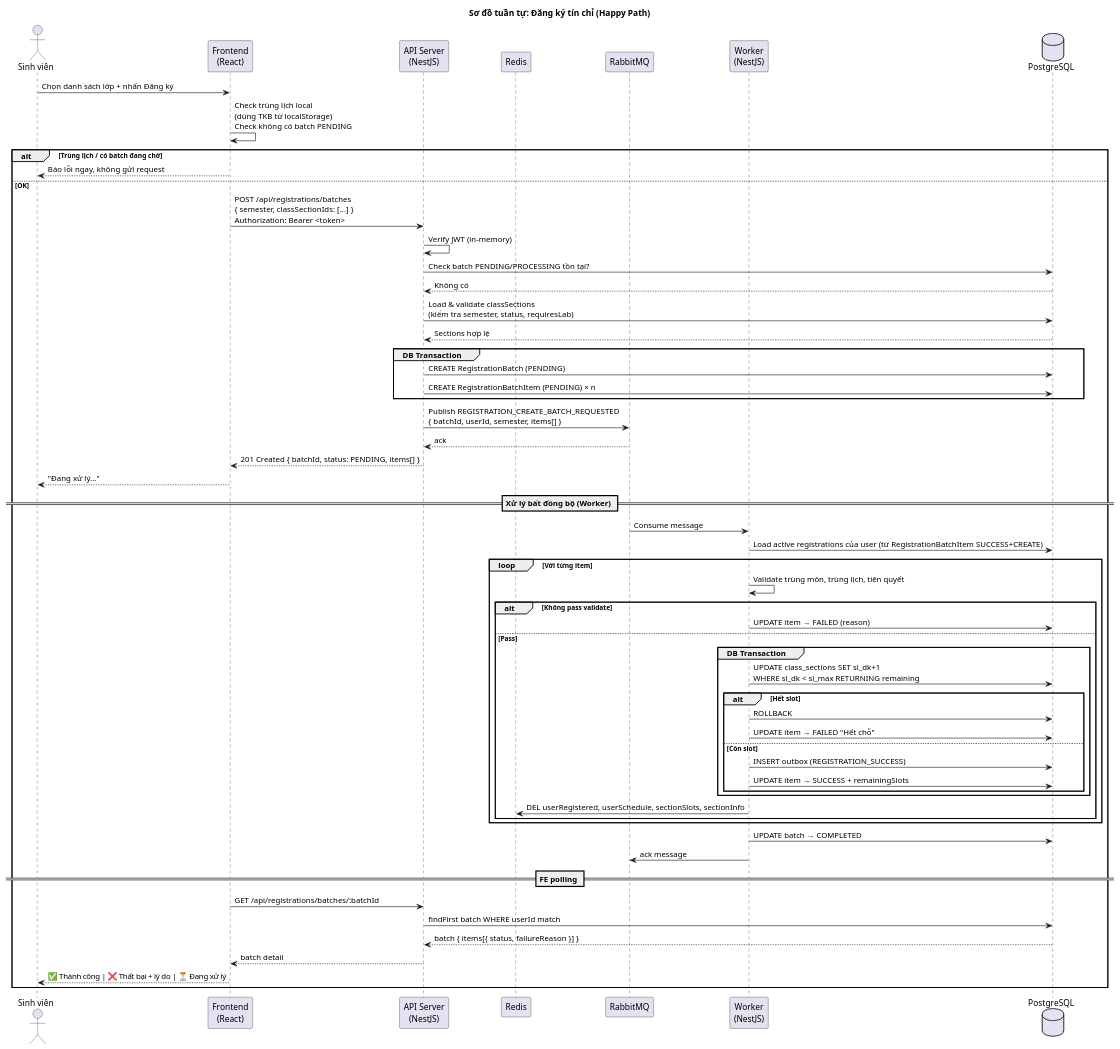
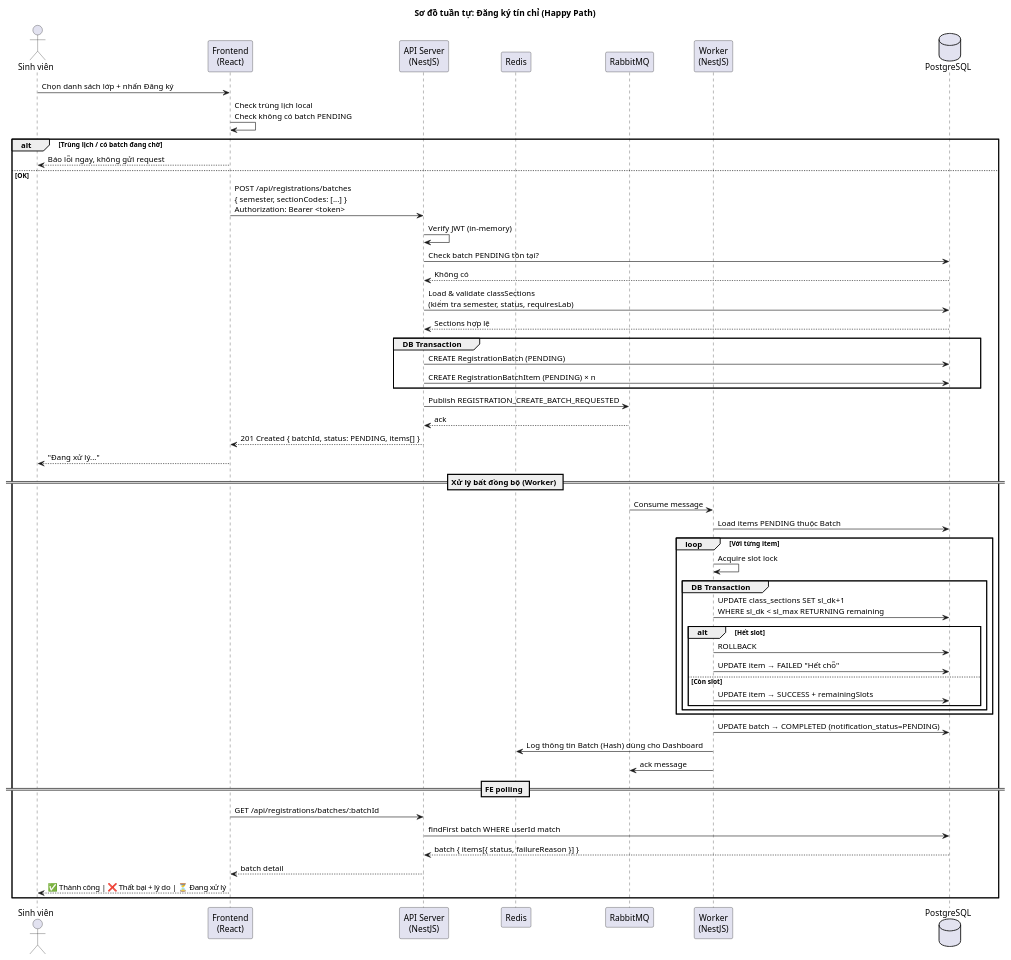
Before and after one commit to huyhuyqazwsx/do_an_tot_nghiep: the second of 5 diagrams in docs/doc/sequence-diagrams.md, drawn with PlantUML. The commit also changed other lines of this file and 5 other files, not shown here.

````diff
--- a/docs/doc/sequence-diagrams.md
+++ b/docs/doc/sequence-diagrams.md
@@ -84,78 +47,73 @@
 ```plantuml
 @startuml SD_DangKy
 title Sơ đồ tuần tự: Đăng ký tín chỉ (Happy Path)
 
 actor "Sinh viên" as SV
 participant "Frontend\n(React)" as FE
 participant "API Server\n(NestJS)" as API
 participant "Redis" as Redis
 participant "RabbitMQ" as MQ
 participant "Worker\n(NestJS)" as Worker
 database "PostgreSQL" as DB
 
 SV -> FE : Chọn danh sách lớp + nhấn Đăng ký
 
-FE -> FE : Check trùng lịch local\n(dùng TKB từ localStorage)\nCheck không có batch PENDING
+FE -> FE : Check trùng lịch local\nCheck không có batch PENDING
 
 alt Trùng lịch / có batch đang chờ
     FE --> SV : Báo lỗi ngay, không gửi request
 else OK
-    FE -> API : POST /api/registrations/batches\n{ semester, classSectionIds: [...] }\nAuthorization: Bearer <token>
+    FE -> API : POST /api/registrations/batches\n{ semester, sectionCodes: [...] }\nAuthorization: Bearer <token>
 
     API -> API : Verify JWT (in-memory)
-    API -> DB : Check batch PENDING/PROCESSING tồn tại?
+    API -> DB : Check batch PENDING tồn tại?
     DB --> API : Không có
 
     API -> DB : Load & validate classSections\n(kiểm tra semester, status, requiresLab)
     DB --> API : Sections hợp lệ
 
     group DB Transaction
         API -> DB : CREATE RegistrationBatch (PENDING)
         API -> DB : CREATE RegistrationBatchItem (PENDING) × n
     end
 
-    API -> MQ : Publish REGISTRATION_CREATE_BATCH_REQUESTED\n{ batchId, userId, semester, items[] }
+    API -> MQ : Publish REGISTRATION_CREATE_BATCH_REQUESTED
     MQ --> API : ack
 
     API --> FE : 201 Created { batchId, status: PENDING, items[] }
     FE --> SV : "Đang xử lý..."
 
     == Xử lý bất đồng bộ (Worker) ==
 
     MQ -> Worker : Consume message
-    Worker -> DB : Load active registrations của user (từ RegistrationBatchItem SUCCESS+CREATE)
+    Worker -> DB : Load items PENDING thuộc Batch
 
     loop Với từng item
-        Worker -> Worker : Validate trùng môn, trùng lịch, tiên quyết
+        Worker -> Worker : Acquire slot lock
 
-        alt Không pass validate
-            Worker -> DB : UPDATE item → FAILED (reason)
-        else Pass
-            group DB Transaction
-                Worker -> DB : UPDATE class_sections SET sl_dk+1\nWHERE sl_dk < sl_max RETURNING remaining
-                alt Hết slot
-                    Worker -> DB : ROLLBACK
-                    Worker -> DB : UPDATE item → FAILED "Hết chỗ"
-                else Còn slot
-                    Worker -> DB : INSERT outbox (REGISTRATION_SUCCESS)
-                    Worker -> DB : UPDATE item → SUCCESS + remainingSlots
-                end
+        group DB Transaction
+            Worker -> DB : UPDATE class_sections SET sl_dk+1\nWHERE sl_dk < sl_max RETURNING remaining
+            alt Hết slot
+                Worker -> DB : ROLLBACK
+                Worker -> DB : UPDATE item → FAILED "Hết chỗ"
+            else Còn slot
+                Worker -> DB : UPDATE item → SUCCESS + remainingSlots
             end
-            Worker -> Redis : DEL userRegistered, userSchedule, sectionSlots, sectionInfo
         end
     end
 
-    Worker -> DB : UPDATE batch → COMPLETED
+    Worker -> DB : UPDATE batch → COMPLETED (notification_status=PENDING)
+    Worker -> Redis : Log thông tin Batch (Hash) dùng cho Dashboard
     Worker -> MQ : ack message
 
     == FE polling ==
 
     FE -> API : GET /api/registrations/batches/:batchId
     API -> DB : findFirst batch WHERE userId match
     DB --> API : batch { items[{ status, failureReason }] }
     API --> FE : batch detail
     FE --> SV : ✅ Thành công | ❌ Thất bại + lý do | ⏳ Đang xử lý
 end
 
 @enduml
 ```
````
